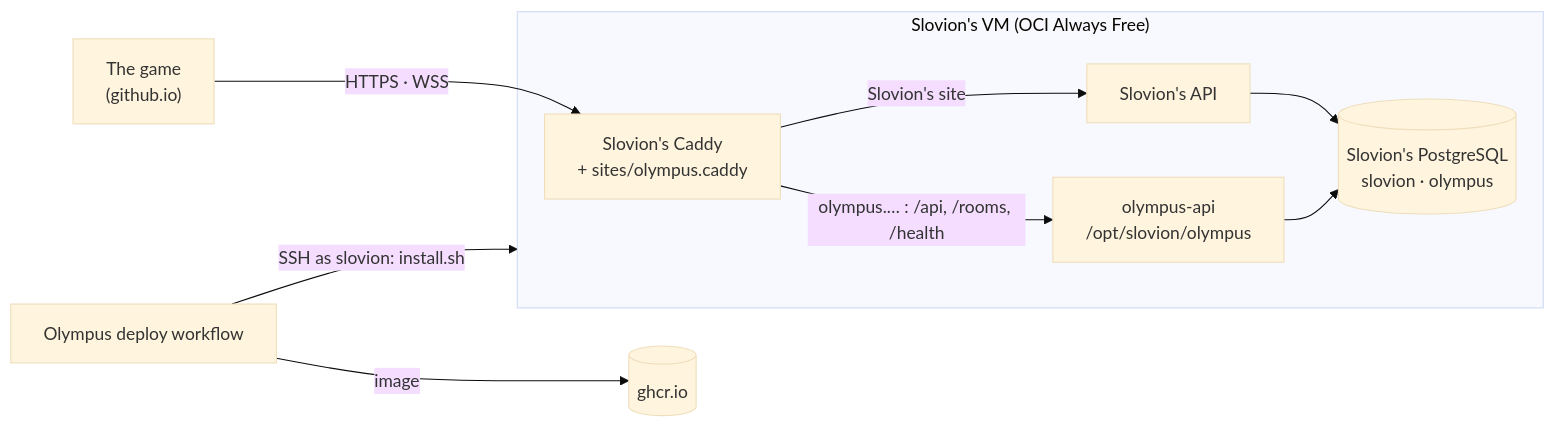
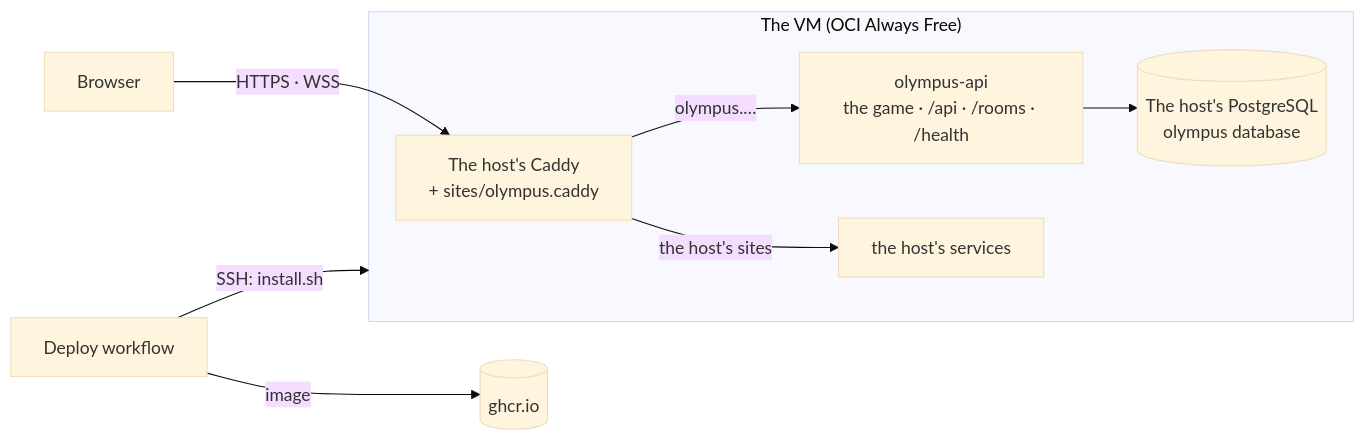
One commit to David-Letonja-CTG/Olympus-Unbound changed the second of 2 diagrams in docs/hosting.md. Above: the diagram before and after it, drawn with Mermaid (base theme). The commit also changed other lines of this file and 37 other files, not shown here.

First line of the commit message:
The game on the VM: one address for the game, its rooms and boards (#55)

````diff
--- a/docs/hosting.md
+++ b/docs/hosting.md
@@ -110,13 +81,12 @@
 ```mermaid
 flowchart LR
-  Player["The game<br/>(github.io)"] -- "HTTPS · WSS" --> Web
-  subgraph VM["Slovion's VM (OCI Always Free)"]
-    Web["Slovion's Caddy<br/>+ sites/olympus.caddy"]
-    Web -- "Slovion's site" --> SApi["Slovion's API"]
-    Web -- "olympus.… : /api, /rooms, /health" --> OApi["olympus-api<br/>/opt/slovion/olympus"]
-    SApi --> Db[("Slovion's PostgreSQL<br/>slovion · olympus")]
-    OApi --> Db
+  Player["Browser"] -- "HTTPS · WSS" --> Web
+  subgraph VM["The VM (OCI Always Free)"]
+    Web["The host's Caddy<br/>+ sites/olympus.caddy"]
+    Web -- "olympus.…" --> OApi["olympus-api<br/>the game · /api · /rooms · /health"]
+    Web -- "the host's sites" --> Other["the host's services"]
+    OApi --> Db[("The host's PostgreSQL<br/>olympus database")]
   end
-  CI["Olympus deploy workflow"] -- "image" --> GHCR[("ghcr.io")]
-  CI -- "SSH as slovion: install.sh" --> VM
+  CI["Deploy workflow"] -- "image" --> GHCR[("ghcr.io")]
+  CI -- "SSH: install.sh" --> VM
 ```
````
